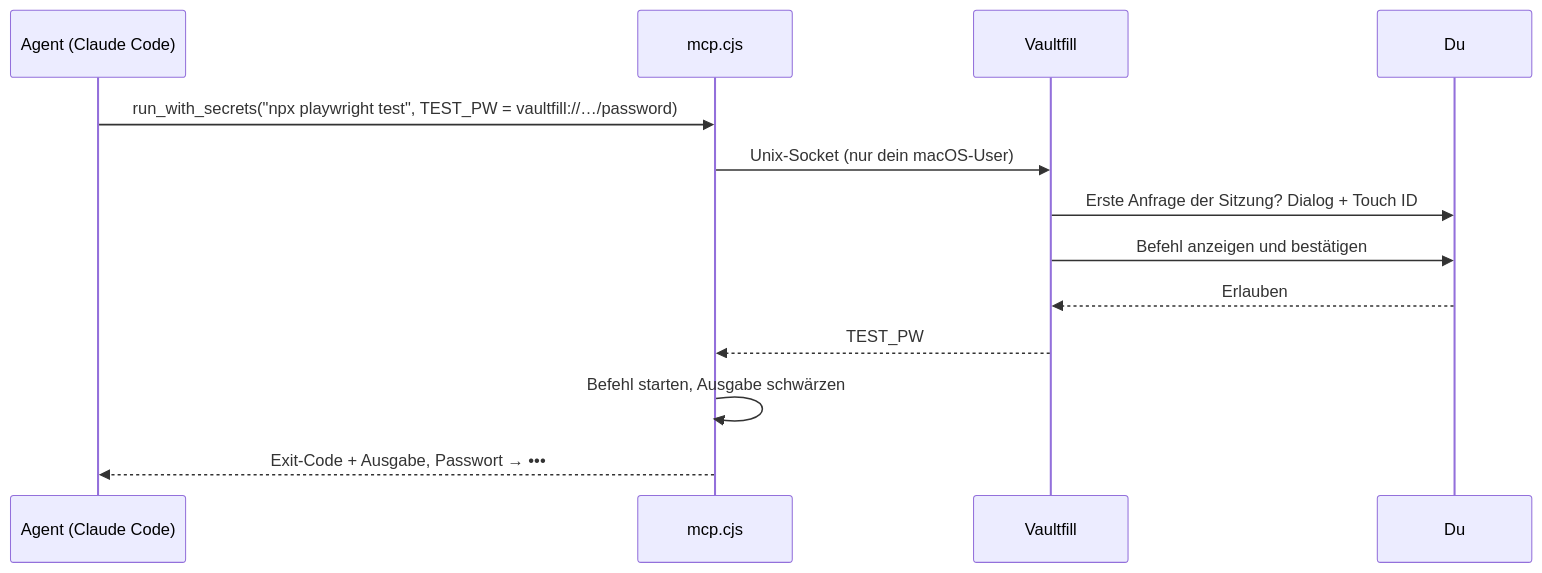
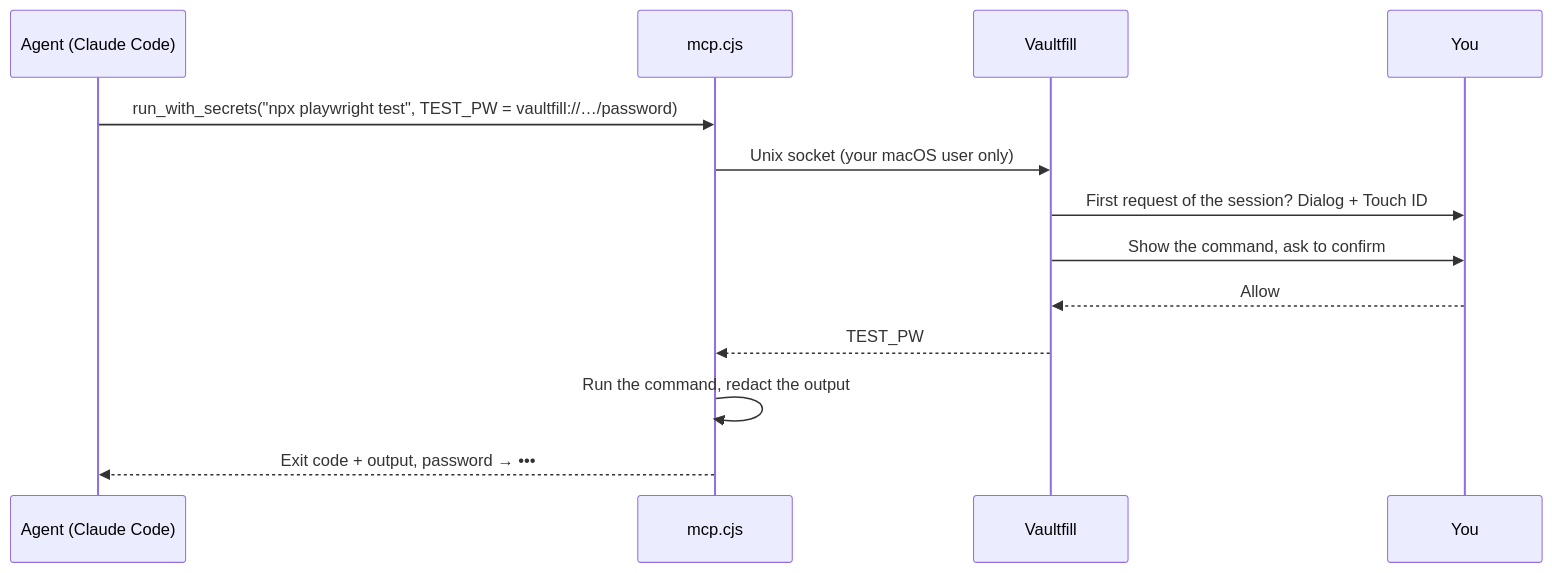
One commit to deeaitsch84/vaultfill-desktop changed the diagram in README.md. Above: the diagram before and after it, drawn with Mermaid. The commit also changed other lines of this file, not shown here.

````diff
--- a/README.md
+++ b/README.md
@@ -104,15 +106,15 @@
 ```mermaid
 sequenceDiagram
   participant A as Agent (Claude Code)
   participant M as mcp.cjs
   participant V as Vaultfill
-  participant U as Du
+  participant U as You
   A->>M: run_with_secrets("npx playwright test", TEST_PW = vaultfill://…/password)
-  M->>V: Unix-Socket (nur dein macOS-User)
-  V->>U: Erste Anfrage der Sitzung? Dialog + Touch ID
-  V->>U: Befehl anzeigen und bestätigen
-  U-->>V: Erlauben
+  M->>V: Unix socket (your macOS user only)
+  V->>U: First request of the session? Dialog + Touch ID
+  V->>U: Show the command, ask to confirm
+  U-->>V: Allow
   V-->>M: TEST_PW
-  M->>M: Befehl starten, Ausgabe schwärzen
-  M-->>A: Exit-Code + Ausgabe, Passwort → •••
+  M->>M: Run the command, redact the output
+  M-->>A: Exit code + output, password → •••
 ```
````
